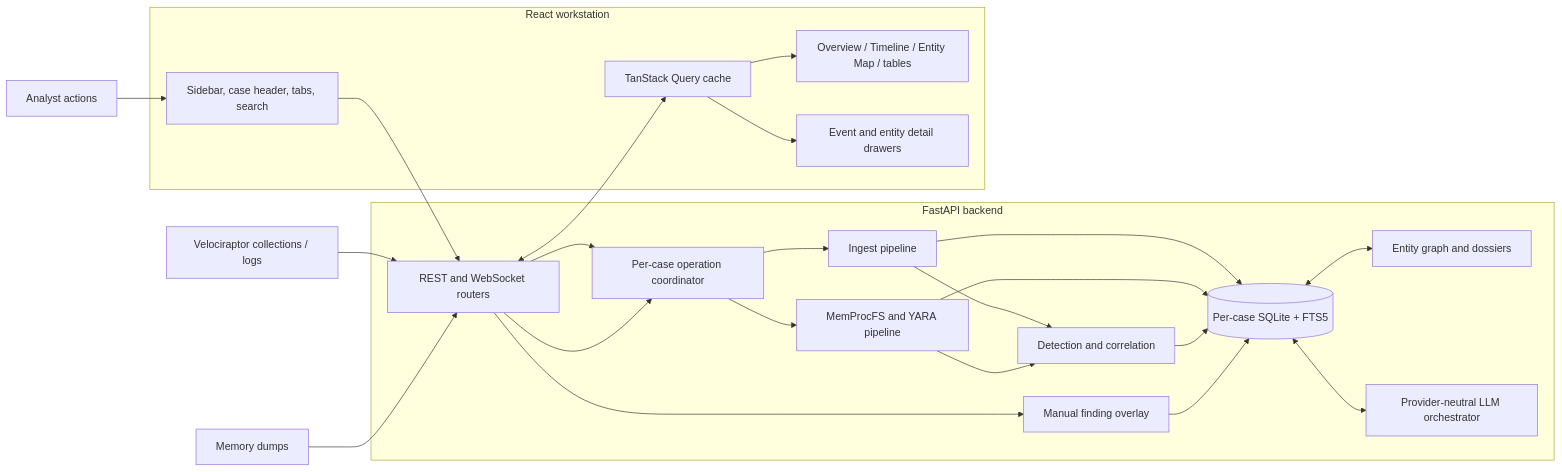
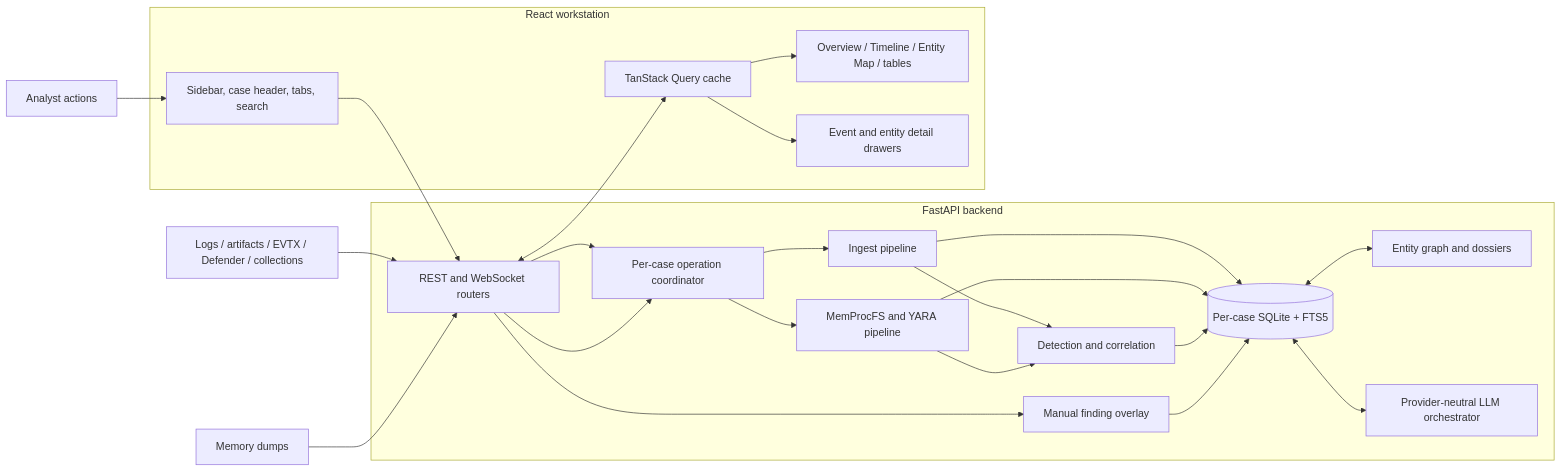
One commit to Telepatya/Investigator changed the first of 2 diagrams in docs/ARCHITECTURE.md. Above: the diagram before and after it, drawn with Mermaid. The commit also changed other lines of this file and 13 other files, not shown here.

````diff
--- a/docs/ARCHITECTURE.md
+++ b/docs/ARCHITECTURE.md
@@ -83,37 +83,37 @@
 ```mermaid
 flowchart LR
-    EVIDENCE["Velociraptor collections / logs"]
+    EVIDENCE["Logs / artifacts / EVTX / Defender / collections"]
     MEMORY["Memory dumps"]
     USER["Analyst actions"]
 
     subgraph BACKEND["FastAPI backend"]
         API["REST and WebSocket routers"]
         OPS["Per-case operation coordinator"]
         INGEST["Ingest pipeline"]
         MEM["MemProcFS and YARA pipeline"]
         DETECT["Detection and correlation"]
         MANUAL["Manual finding overlay"]
         GRAPH["Entity graph and dossiers"]
         LLM["Provider-neutral LLM orchestrator"]
         DB[("Per-case SQLite + FTS5")]
     end
 
     subgraph FRONTEND["React workstation"]
         SHELL["Sidebar, case header, tabs, search"]
         QUERY["TanStack Query cache"]
         VIEWS["Overview / Timeline / Entity Map / tables"]
         DRAWERS["Event and entity detail drawers"]
     end
 
     EVIDENCE --> API --> OPS --> INGEST --> DB
     MEMORY --> API --> OPS --> MEM --> DB
     INGEST --> DETECT --> DB
     MEM --> DETECT
     USER --> SHELL --> API
     API --> MANUAL --> DB
     DB <--> GRAPH
     DB <--> LLM
     API <--> QUERY
     QUERY --> VIEWS
     QUERY --> DRAWERS
 ```
````
